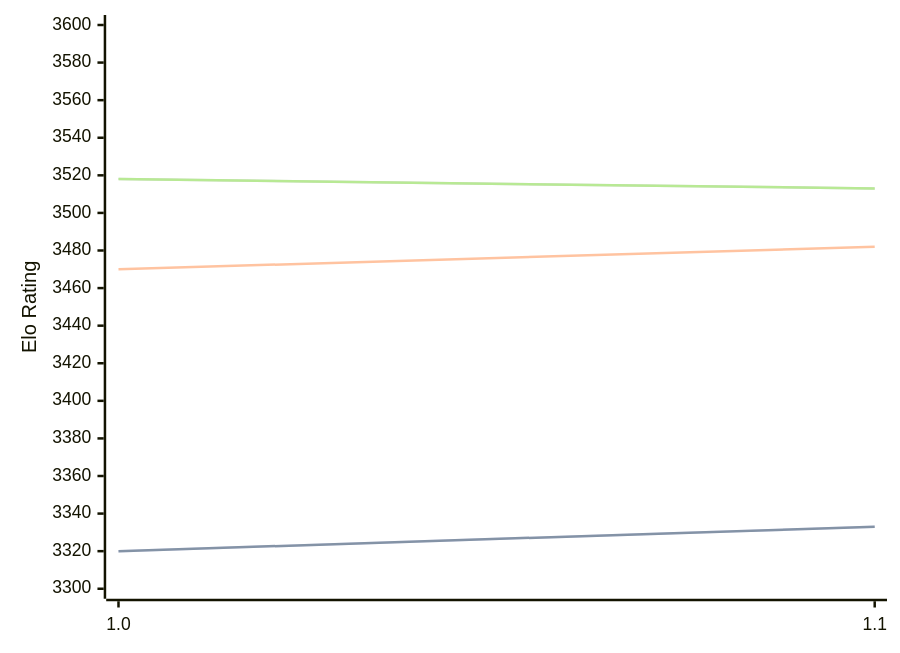
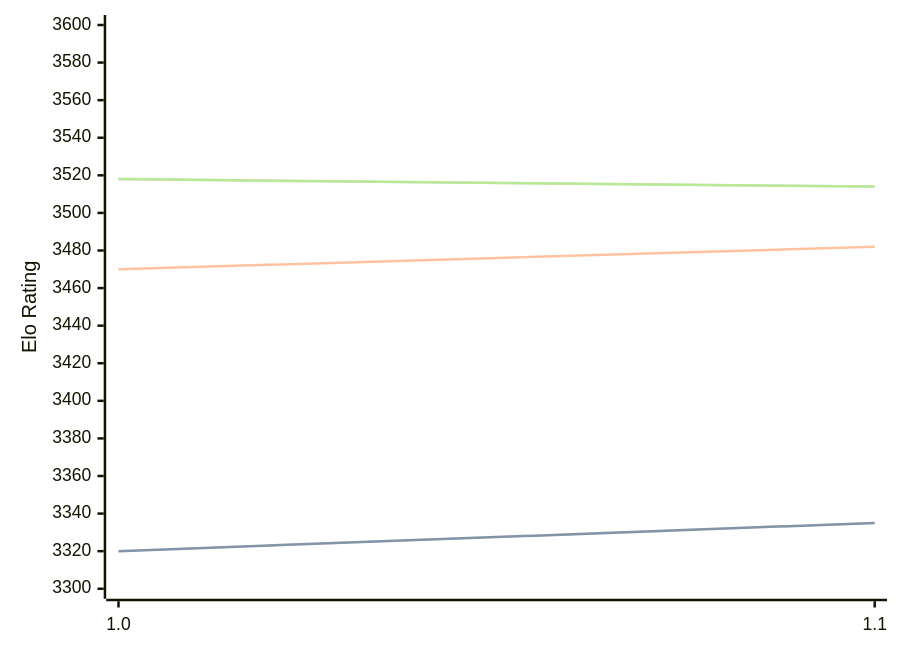
The third of 3 diagrams in engines/Horsie.md (computer-chess-index/cci), drawn with Mermaid before and after one commit. The commit also changed other lines of this file, not shown here.

Commit message:
Update CCI Ratings (ELO VLTC) - 2026-06-18

````diff
--- a/engines/Horsie.md
+++ b/engines/Horsie.md
@@ -65,11 +65,11 @@
 ```mermaid
 %%{init: {"theme":"base","themeVariables":{"seriesColors:['#a3a3a3','#222221','#faa371']}}}%%
 xychart-beta
   x-axis ["1.0", "1.1"]
   y-axis "Elo Rating" 3300 --> 3600
-  line "STC (8.0+0.08s)" [3320, 3333]
-  line "STC (8.0+0.08s)" [3320, 3333]
+  line "STC (8.0+0.08s)" [3320, 3335]
+  line "STC (8.0+0.08s)" [3320, 3335]
   line "LTC (60.0+0.60s)" [3470, 3482]
-  line "VLTC (2m24s+1.12s)" [3518, 3513]
-  line "VLTC (2m24s+1.12s)" [3518, 3513]
+  line "VLTC (2m24s+1.12s)" [3518, 3514]
+  line "VLTC (2m24s+1.12s)" [3518, 3514]
 ```
````
